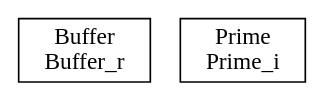
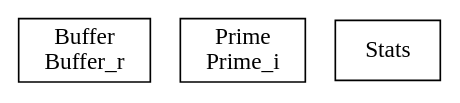
One commit to Moltenfire/CS400 changed the diagram in bdp/cw2.dot. Above: the diagram before and after it, drawn with Graphviz. The commit also changed 11 other files, not shown here.

```diff
--- a/bdp/cw2.dot
+++ b/bdp/cw2.dot
@@ -1,5 +1,6 @@
 digraph {
 Buffer_r [ label=" Buffer\nBuffer_r " shape= box ]
 Prime_i [ label=" Prime\nPrime_i " shape= box ]
+Stats [ label=" Stats " shape= box ]
 
 }
```
